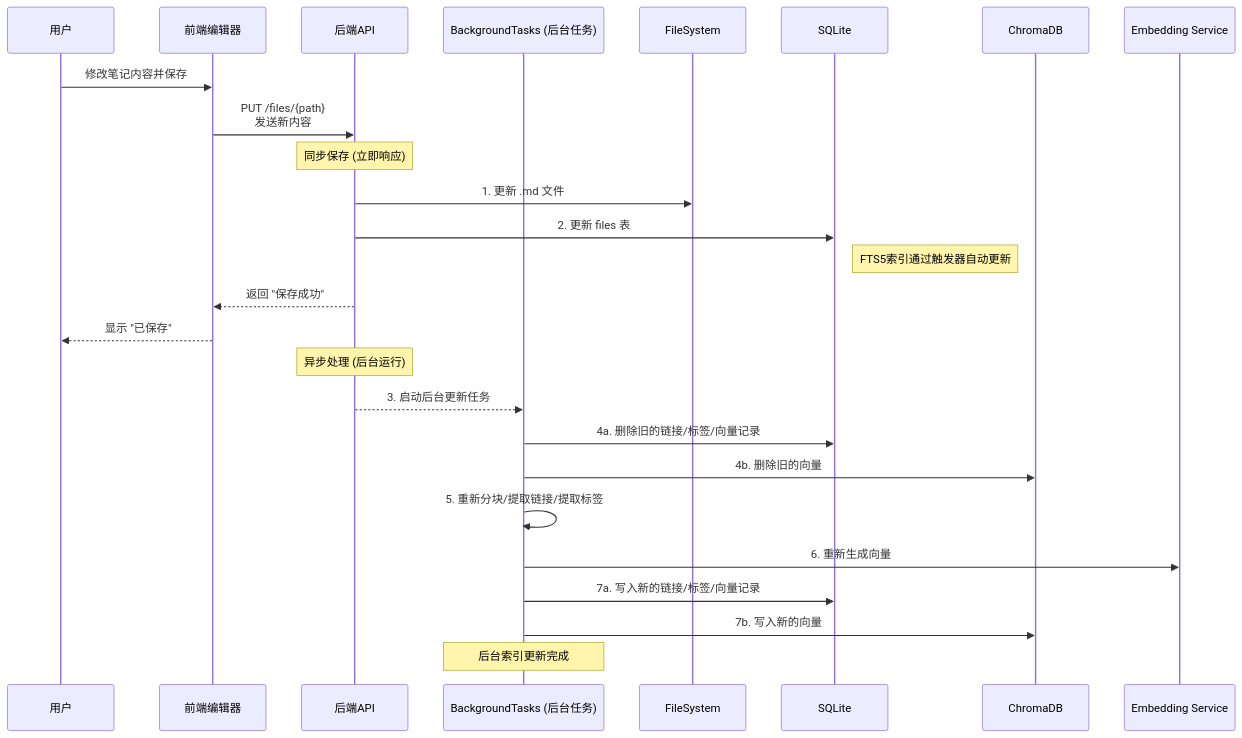
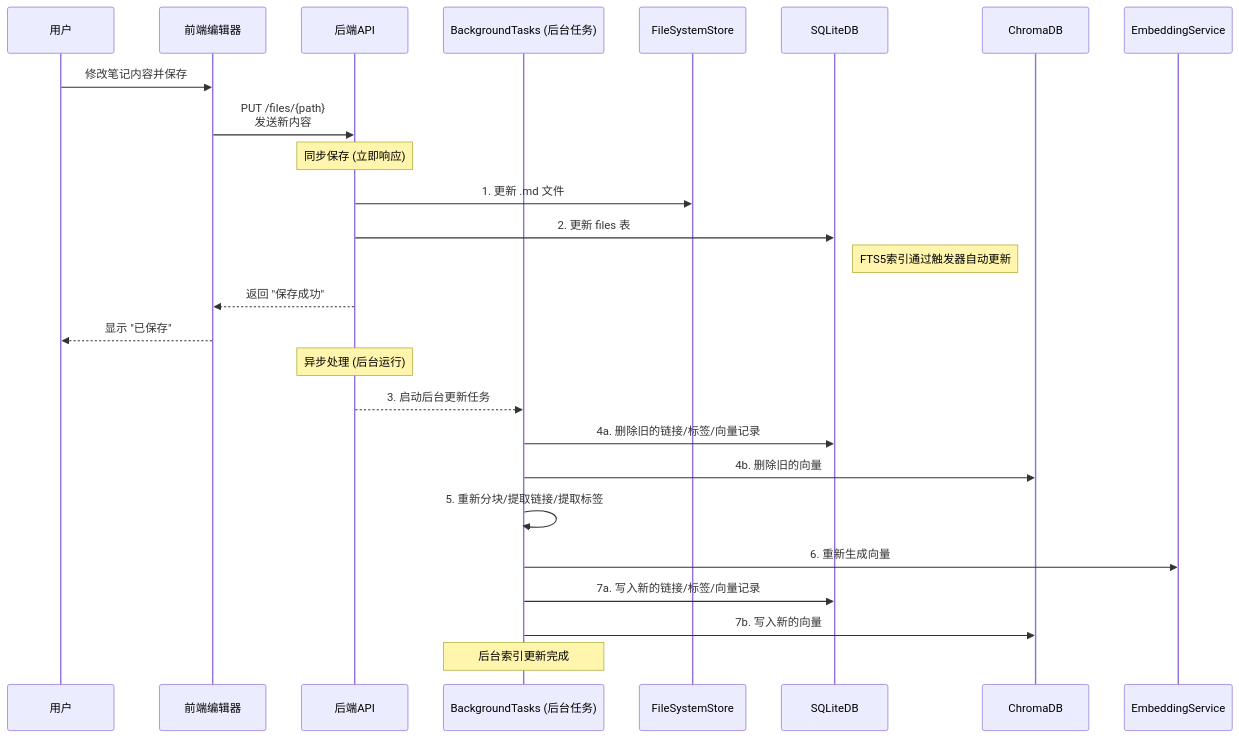
Before and after one commit to songyi1999/ai-notebook: the third of 6 diagrams in README.md, drawn with Mermaid. The commit also changed other lines of this file and 25 other files, not shown here.

````diff
--- a/README.md
+++ b/README.md
@@ -144,32 +165,32 @@
 ```mermaid
 sequenceDiagram
     participant User as 用户
     participant FE as 前端编辑器
     participant API as 后端API
     participant BG as BackgroundTasks (后台任务)
 
     User->>FE: 修改笔记内容并保存
     FE->>API: PUT /files/{path}<br/>发送新内容
 
     Note over API: 同步保存 (立即响应)
-    API->>FileSystem: 1. 更新 .md 文件
-    API->>SQLite: 2. 更新 files 表
-    Note right of SQLite: FTS5索引通过触发器自动更新
+    API->>FileSystemStore: 1. 更新 .md 文件
+    API->>SQLiteDB: 2. 更新 files 表
+    Note right of SQLiteDB: FTS5索引通过触发器自动更新
     API-->>FE: 返回 "保存成功"
     FE-->>User: 显示 "已保存"
 
     Note over API: 异步处理 (后台运行)
     API-->>BG: 3. 启动后台更新任务
 
-    BG->>SQLite: 4a. 删除旧的链接/标签/向量记录
+    BG->>SQLiteDB: 4a. 删除旧的链接/标签/向量记录
     BG->>ChromaDB: 4b. 删除旧的向量
 
     BG->>BG: 5. 重新分块/提取链接/提取标签
 
-    BG->>Embedding Service: 6. 重新生成向量
+    BG->>EmbeddingService: 6. 重新生成向量
 
-    BG->>SQLite: 7a. 写入新的链接/标签/向量记录
+    BG->>SQLiteDB: 7a. 写入新的链接/标签/向量记录
     BG->>ChromaDB: 7b. 写入新的向量
 
     Note over BG: 后台索引更新完成
 ```
````
